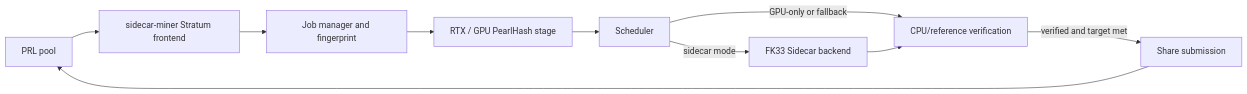
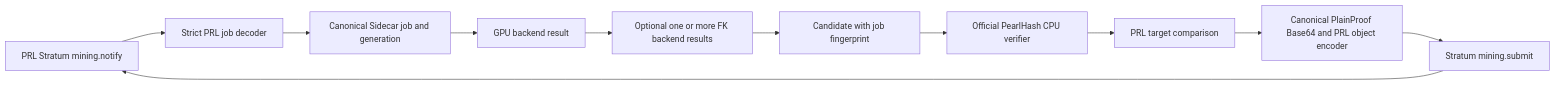
Before and after one commit to Zombiekilla25/project-sidecar: the diagram in docs/sidecar-miner-architecture.md, drawn with Mermaid. The commit also changed other lines of this file and 39 other files, not shown here.

Commit message:
feat: implement PRL proof and verification pipeline

````diff
--- a/docs/sidecar-miner-architecture.md
+++ b/docs/sidecar-miner-architecture.md
@@ -20,12 +7,13 @@
 ```mermaid
 flowchart LR
-    P[PRL pool] --> F[sidecar-miner Stratum frontend]
-    F --> J[Job manager and fingerprint]
-    J --> G[RTX / GPU PearlHash stage]
-    G --> S[Scheduler]
-    S -->|sidecar mode| K[FK33 Sidecar backend]
-    S -->|GPU-only or fallback| V[CPU/reference verification]
-    K --> V
-    V -->|verified and target met| U[Share submission]
-    U --> P
+    P[PRL Stratum mining.notify] --> D[Strict PRL job decoder]
+    D --> J[Canonical Sidecar job and generation]
+    J --> G[GPU backend result]
+    G --> K[Optional one or more FK backend results]
+    K --> C[Candidate with job fingerprint]
+    C --> V[Official PearlHash CPU verifier]
+    V --> T[PRL target comparison]
+    T --> E[Canonical PlainProof Base64 and PRL object encoder]
+    E --> S[Stratum mining.submit]
+    S --> P
 ```
````
